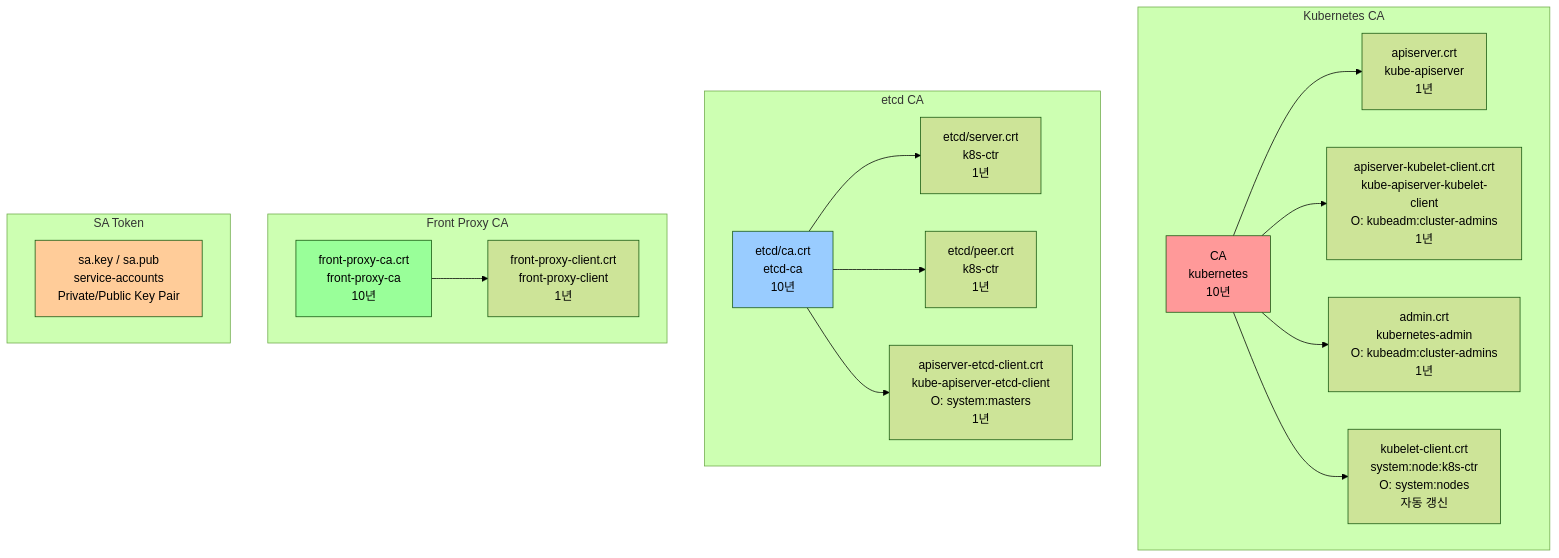
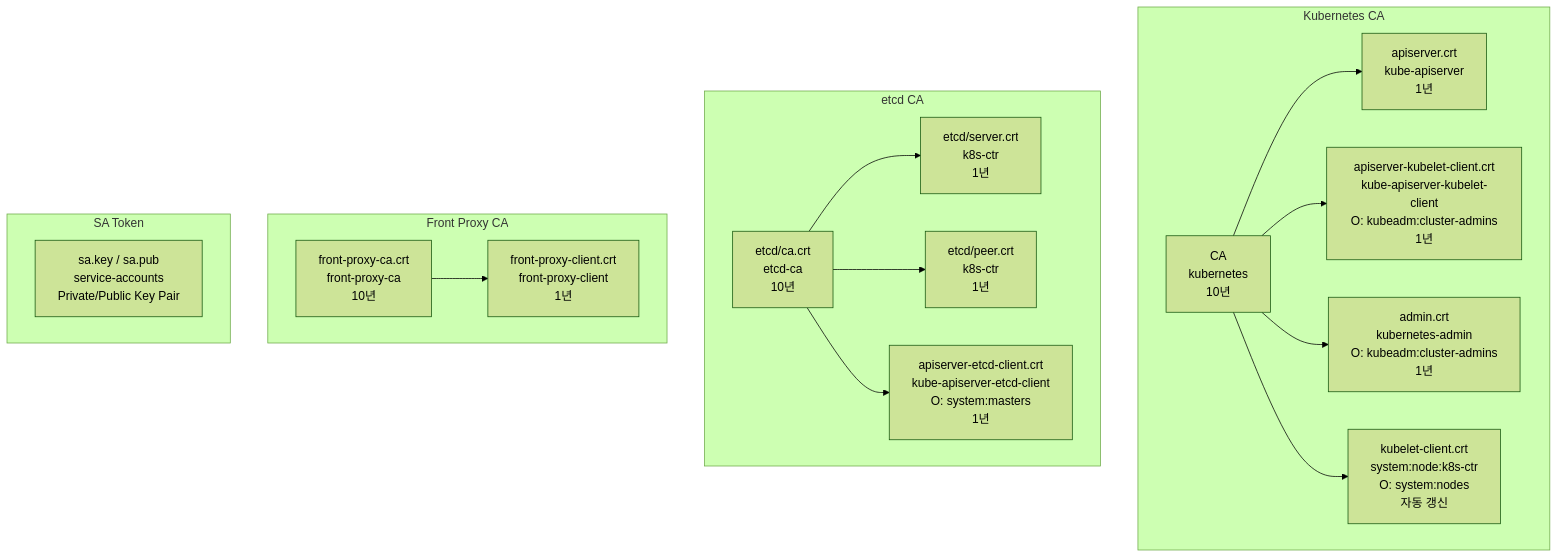
The fifth of 8 diagrams in docs/k8s-deploy/week3-kubeadm-upgrade.md (juwon8891/juwon8891.github.io), drawn with Mermaid (forest theme) before and after one commit. The commit also changed other lines of this file and 18 other files, not shown here.

Commit message:
Remove bright colors from Mermaid diagrams for dark mode compatibility

````diff
--- a/docs/k8s-deploy/week3-kubeadm-upgrade.md
+++ b/docs/k8s-deploy/week3-kubeadm-upgrade.md
@@ -591,28 +580,24 @@
 ```mermaid
 graph TD
     subgraph "Kubernetes CA"
         CA["CA<br>kubernetes<br>10년"] --> API["apiserver.crt<br>kube-apiserver<br>1년"]
         CA --> APIKUBE["apiserver-kubelet-client.crt<br>kube-apiserver-kubelet-client<br>O: kubeadm:cluster-admins<br>1년"]
         CA --> ADMIN["admin.crt<br>kubernetes-admin<br>O: kubeadm:cluster-admins<br>1년"]
         CA --> KUBELET["kubelet-client.crt<br>system:node:k8s-ctr<br>O: system:nodes<br>자동 갱신"]
     end
 
     subgraph "etcd CA"
         ETCDCA["etcd/ca.crt<br>etcd-ca<br>10년"] --> ETCD["etcd/server.crt<br>k8s-ctr<br>1년"]
         ETCDCA --> ETCDPEER["etcd/peer.crt<br>k8s-ctr<br>1년"]
         ETCDCA --> APIETCD["apiserver-etcd-client.crt<br>kube-apiserver-etcd-client<br>O: system:masters<br>1년"]
     end
 
     subgraph "Front Proxy CA"
         FRONTCA["front-proxy-ca.crt<br>front-proxy-ca<br>10년"] --> FRONT["front-proxy-client.crt<br>front-proxy-client<br>1년"]
     end
 
     subgraph "SA Token"
         SA["sa.key / sa.pub<br>service-accounts<br>Private/Public Key Pair"]
     end
 
-    style CA fill:#ff9999
-    style ETCDCA fill:#99ccff
-    style FRONTCA fill:#99ff99
-    style SA fill:#ffcc99
 ```
````
